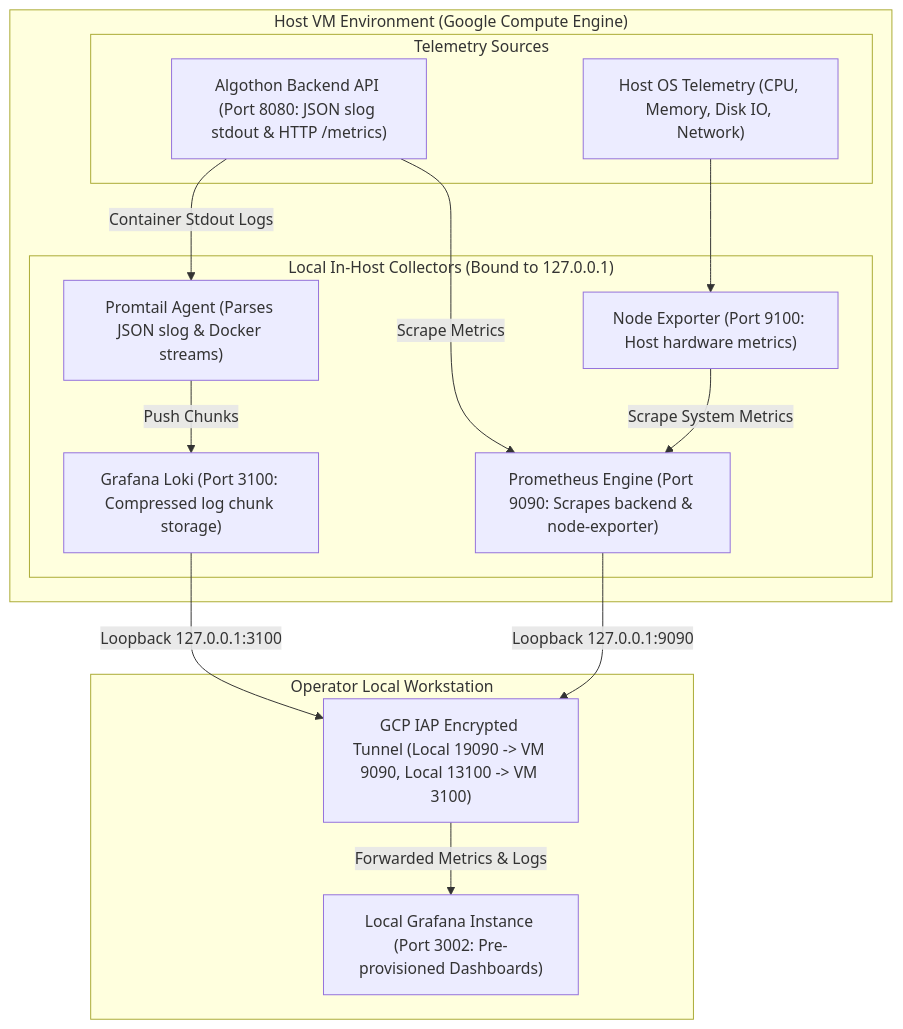
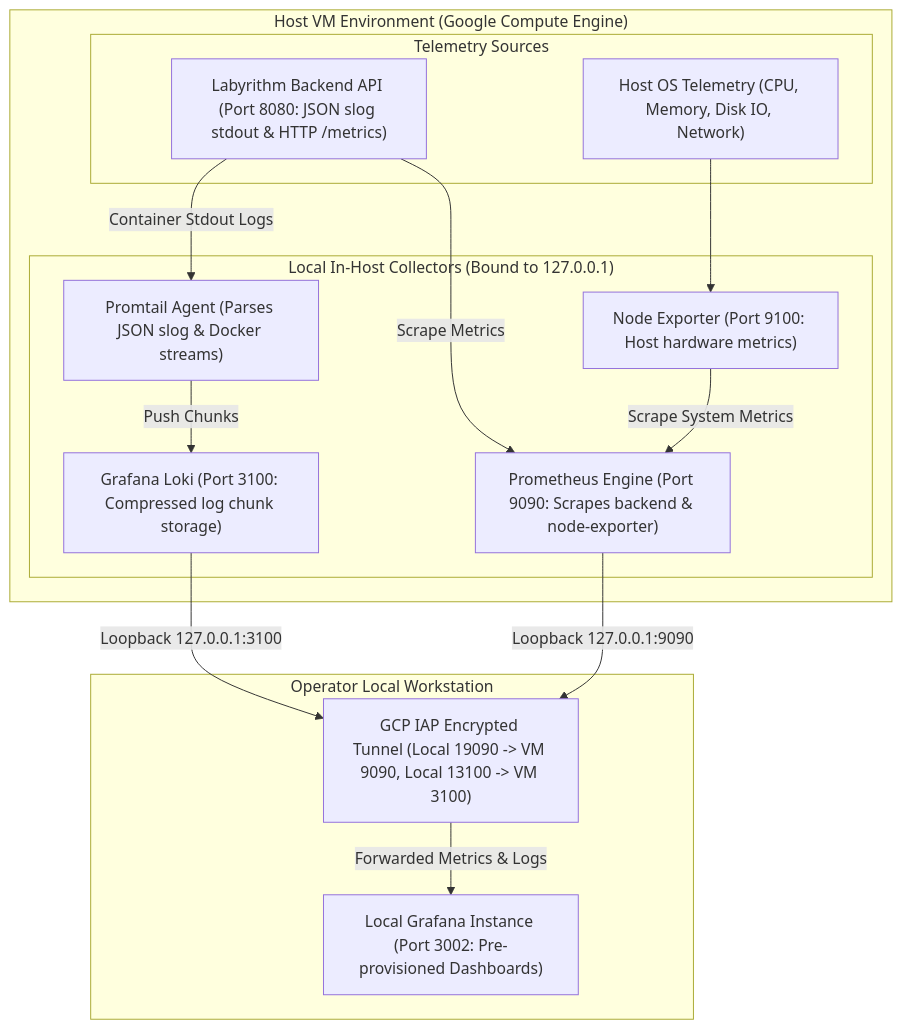
The diagram in docs/monitoring.md (NayanthaNethsara/AlgoTest), drawn with Mermaid before and after one commit. The commit also changed other lines of this file and 166 other files, not shown here.

````diff
--- a/docs/monitoring.md
+++ b/docs/monitoring.md
@@ -12,31 +12,31 @@
 ```mermaid
 flowchart TD
     subgraph Host["Host VM Environment (Google Compute Engine)"]
         subgraph Sources["Telemetry Sources"]
-            Backend["Algothon Backend API (Port 8080: JSON slog stdout & HTTP /metrics)"]
+            Backend["Labyrithm Backend API (Port 8080: JSON slog stdout & HTTP /metrics)"]
             HostOS["Host OS Telemetry (CPU, Memory, Disk IO, Network)"]
         end
 
         subgraph Collectors["Local In-Host Collectors (Bound to 127.0.0.1)"]
             Prometheus["Prometheus Engine (Port 9090: Scrapes backend & node-exporter)"]
             Promtail["Promtail Agent (Parses JSON slog & Docker streams)"]
             Loki["Grafana Loki (Port 3100: Compressed log chunk storage)"]
             NodeExporter["Node Exporter (Port 9100: Host hardware metrics)"]
         end
     end
 
     subgraph OperatorMachine["Operator Local Workstation"]
         IAPTunnel["GCP IAP Encrypted Tunnel (Local 19090 -> VM 9090, Local 13100 -> VM 3100)"]
         LocalGrafana["Local Grafana Instance (Port 3002: Pre-provisioned Dashboards)"]
     end
 
     Backend -->|"Scrape Metrics"| Prometheus
     HostOS --> NodeExporter
     NodeExporter -->|"Scrape System Metrics"| Prometheus
     Backend -->|"Container Stdout Logs"| Promtail
     Promtail -->|"Push Chunks"| Loki
 
     Prometheus -->|"Loopback 127.0.0.1:9090"| IAPTunnel
     Loki -->|"Loopback 127.0.0.1:3100"| IAPTunnel
     IAPTunnel -->|"Forwarded Metrics & Logs"| LocalGrafana
 ```
````
